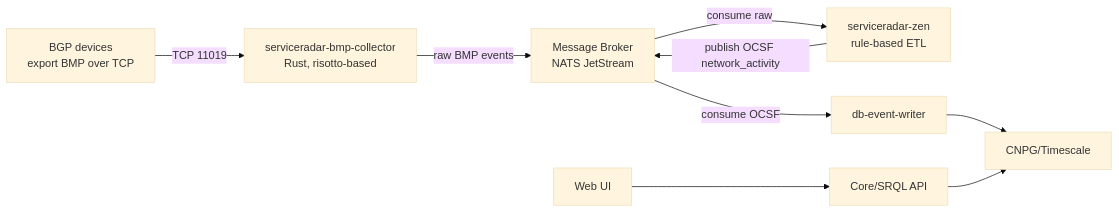
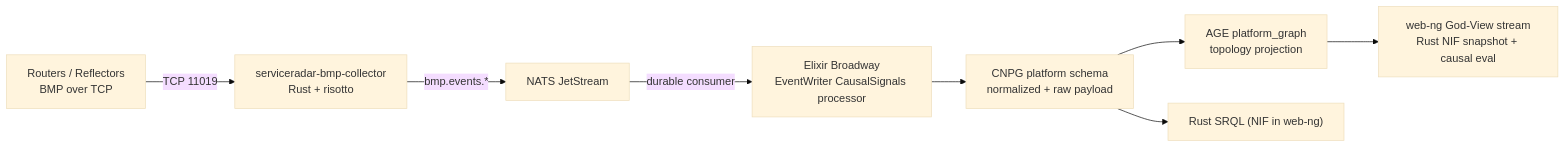
One commit to carverauto/serviceradar changed the diagram in sr-architecture-and-design/prd/15-bmp-bgp-collector-rust.md. Above: the diagram before and after it, drawn with Mermaid (base theme). The commit also changed other lines of this file and 4 other files, not shown here.

````diff
--- a/sr-architecture-and-design/prd/15-bmp-bgp-collector-rust.md
+++ b/sr-architecture-and-design/prd/15-bmp-bgp-collector-rust.md
@@ -49,11 +43,10 @@
 ```mermaid
 flowchart LR
-  Routers["BGP devices<br/>export BMP over TCP"] -->|TCP 11019| Collector["serviceradar-bmp-collector<br/>Rust, risotto-based"]
-  Collector -->|raw BMP events| Broker["Message Broker<br/>NATS JetStream"]
-  Broker -->|consume raw| Zen["serviceradar-zen<br/>rule-based ETL"]
-  Zen -->|publish OCSF network_activity| Broker
-  Broker -->|consume OCSF| DBWriter["db-event-writer"]
-  DBWriter --> CNPG["CNPG/Timescale"]
-  Web["Web UI"] --> Core["Core/SRQL API"]
-  Core --> CNPG
+  Routers["Routers / Reflectors\nBMP over TCP"] -->|TCP 11019| Collector["serviceradar-bmp-collector\nRust + risotto"]
+  Collector -->|bmp.events.*| JetStream["NATS JetStream"]
+  JetStream -->|durable consumer| Broadway["Elixir Broadway\nEventWriter CausalSignals processor"]
+  Broadway --> CNPG["CNPG platform schema\nnormalized + raw payload"]
+  CNPG --> AGE["AGE platform_graph\ntopology projection"]
+  AGE --> GodView["web-ng God-View stream\nRust NIF snapshot + causal eval"]
+  CNPG --> SRQL["Rust SRQL (NIF in web-ng)"]
 ```
````
